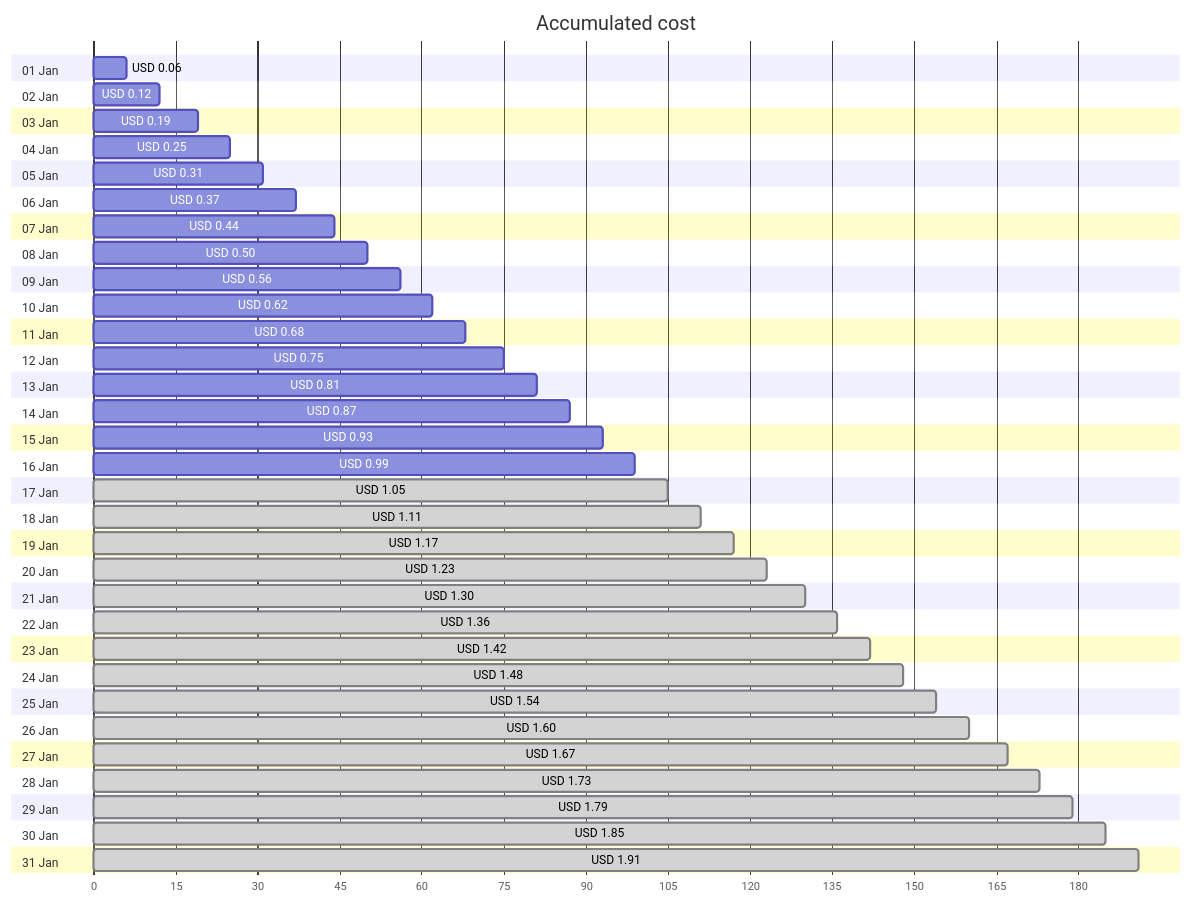
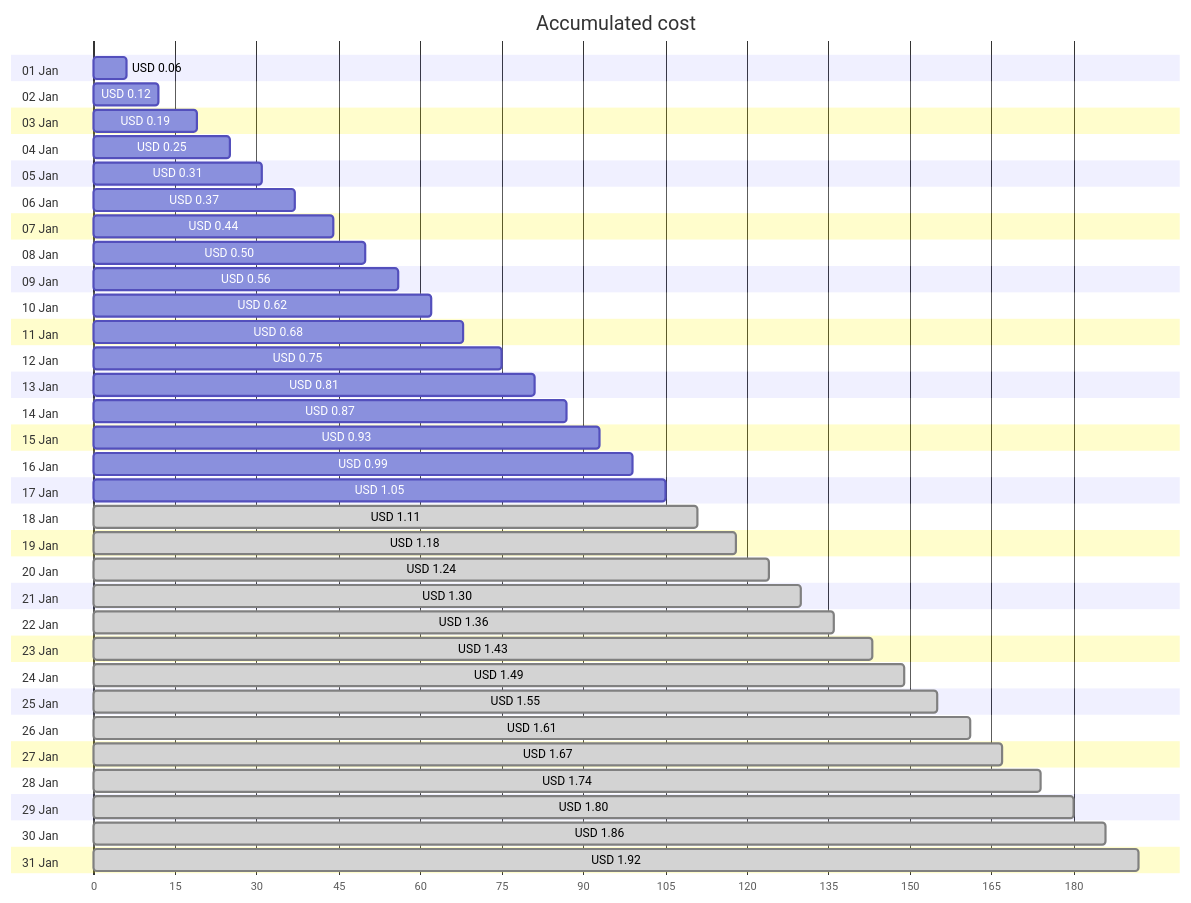
Before and after one commit to jpfulton/azure-personal-reports: the first of 4 diagrams in cost-reports/personal-network/vpn-server_OsDisk.md, drawn with Mermaid. The commit also changed other lines of this file and 8 other files, not shown here.

````diff
--- a/cost-reports/personal-network/vpn-server_OsDisk.md
+++ b/cost-reports/personal-network/vpn-server_OsDisk.md
@@ -20,68 +20,68 @@
 ```mermaid
 gantt
    title Accumulated cost
    dateFormat  X
    axisFormat %s
    section 01 Jan
    USD 0.06 :0, 6
    section 02 Jan
    USD 0.12 :0, 12
    section 03 Jan
    USD 0.19 :0, 19
    section 04 Jan
    USD 0.25 :0, 25
    section 05 Jan
    USD 0.31 :0, 31
    section 06 Jan
    USD 0.37 :0, 37
    section 07 Jan
    USD 0.44 :0, 44
    section 08 Jan
    USD 0.50 :0, 50
    section 09 Jan
    USD 0.56 :0, 56
    section 10 Jan
    USD 0.62 :0, 62
    section 11 Jan
    USD 0.68 :0, 68
    section 12 Jan
    USD 0.75 :0, 75
    section 13 Jan
    USD 0.81 :0, 81
    section 14 Jan
    USD 0.87 :0, 87
    section 15 Jan
    USD 0.93 :0, 93
    section 16 Jan
    USD 0.99 :0, 99
    section 17 Jan
-   USD 1.05 : done, 0, 105
+   USD 1.05 :0, 105
    section 18 Jan
    USD 1.11 : done, 0, 111
    section 19 Jan
-   USD 1.17 : done, 0, 117
+   USD 1.18 : done, 0, 118
    section 20 Jan
-   USD 1.23 : done, 0, 123
+   USD 1.24 : done, 0, 124
    section 21 Jan
    USD 1.30 : done, 0, 130
    section 22 Jan
    USD 1.36 : done, 0, 136
    section 23 Jan
-   USD 1.42 : done, 0, 142
+   USD 1.43 : done, 0, 143
    section 24 Jan
-   USD 1.48 : done, 0, 148
+   USD 1.49 : done, 0, 149
    section 25 Jan
-   USD 1.54 : done, 0, 154
+   USD 1.55 : done, 0, 155
    section 26 Jan
-   USD 1.60 : done, 0, 160
+   USD 1.61 : done, 0, 161
    section 27 Jan
    USD 1.67 : done, 0, 167
    section 28 Jan
-   USD 1.73 : done, 0, 173
+   USD 1.74 : done, 0, 174
    section 29 Jan
-   USD 1.79 : done, 0, 179
+   USD 1.80 : done, 0, 180
    section 30 Jan
-   USD 1.85 : done, 0, 185
+   USD 1.86 : done, 0, 186
    section 31 Jan
-   USD 1.91 : done, 0, 191
+   USD 1.92 : done, 0, 192
 ```
````
